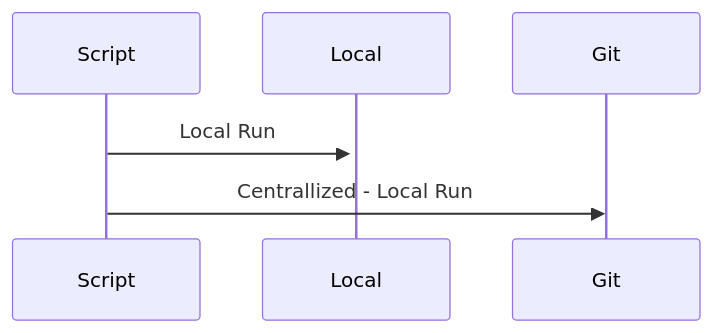
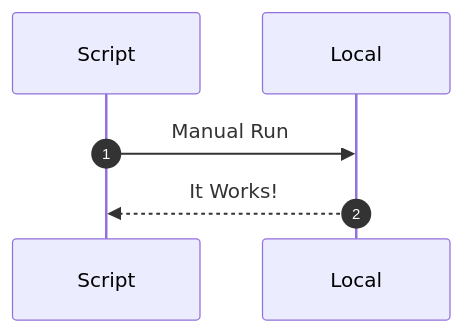
One commit to imjoseangel/sandbox changed the diagram in doc/automation.md. Above: the diagram before and after it, drawn with Mermaid. The commit also changed other lines of this file, not shown here.

Commit message:
add schema

````diff
--- a/doc/automation.md
+++ b/doc/automation.md
@@ -36,5 +35,6 @@
 ```mermaid
 sequenceDiagram
-    Script->>+Local: Local Run
-    Script->>Git: Centrallized - Local Run
+    autonumber
+    Script->>Local: Manual Run
+    Local-->>Script: It Works!
 ```
````
